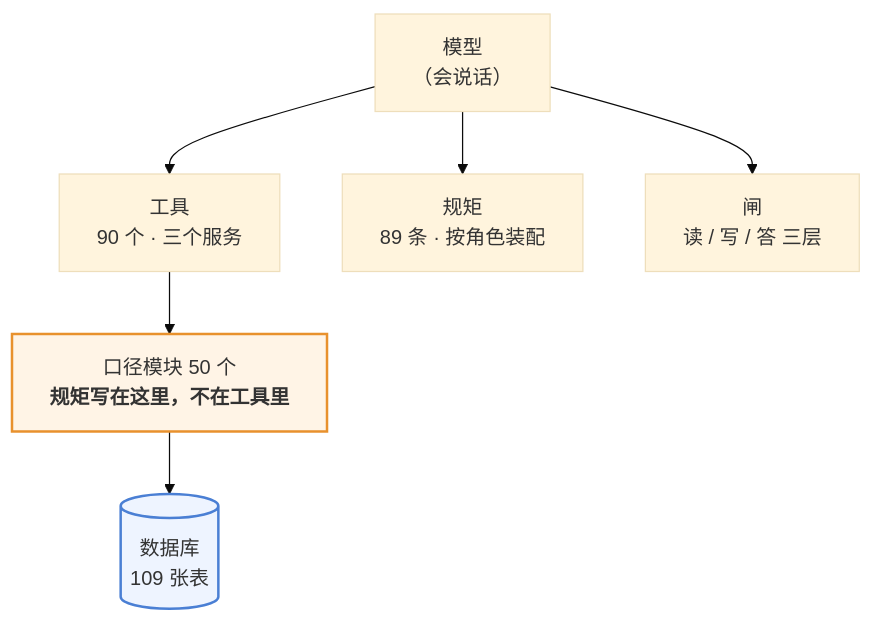
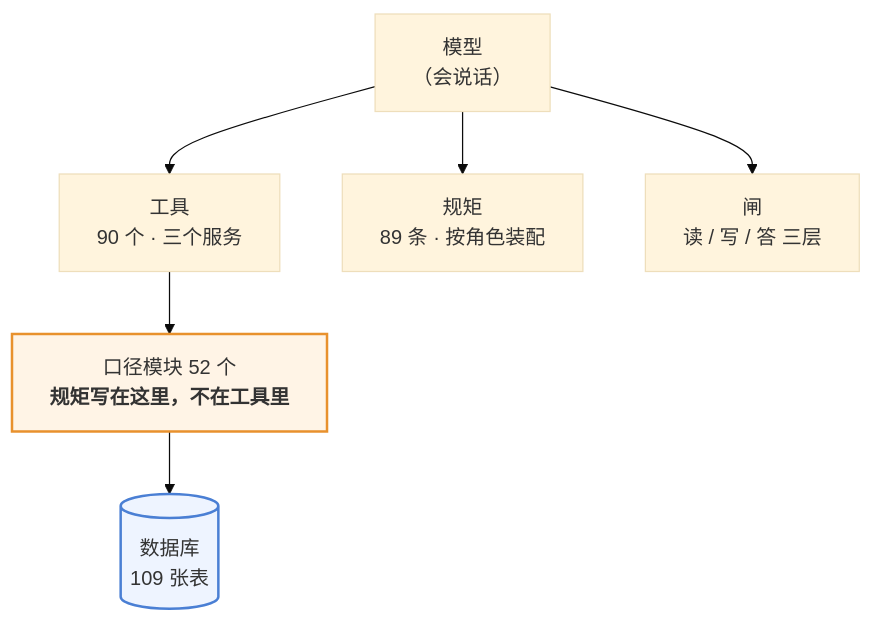
One commit to 843773296-rgb/lanxiu-yunshang-agent changed the first of 3 diagrams in 澜绣云裳agent-产品说明.md. Above: the diagram before and after it, drawn with Mermaid (base theme). The commit also changed other lines of this file and 28 other files, not shown here.

````diff
--- a/澜绣云裳agent-产品说明.md
+++ b/澜绣云裳agent-产品说明.md
@@ -62,12 +62,12 @@
 ```mermaid
 flowchart TD
     M["模型<br/>（会说话）"]
     M --> T["工具<br/>90 个 · 三个服务"]
     M --> R["规矩<br/>89 条 · 按角色装配"]
     M --> G["闸<br/>读 / 写 / 答 三层"]
-    T --> K["口径模块 50 个<br/><b>规矩写在这里，不在工具里</b>"]
+    T --> K["口径模块 52 个<br/><b>规矩写在这里，不在工具里</b>"]
     K --> DB[("数据库<br/>109 张表")]
 
     style K fill:#fff4e6,stroke:#e8912d,stroke-width:2px
     style DB fill:#eef4ff,stroke:#4a7fd4,stroke-width:2px
 ```
````
